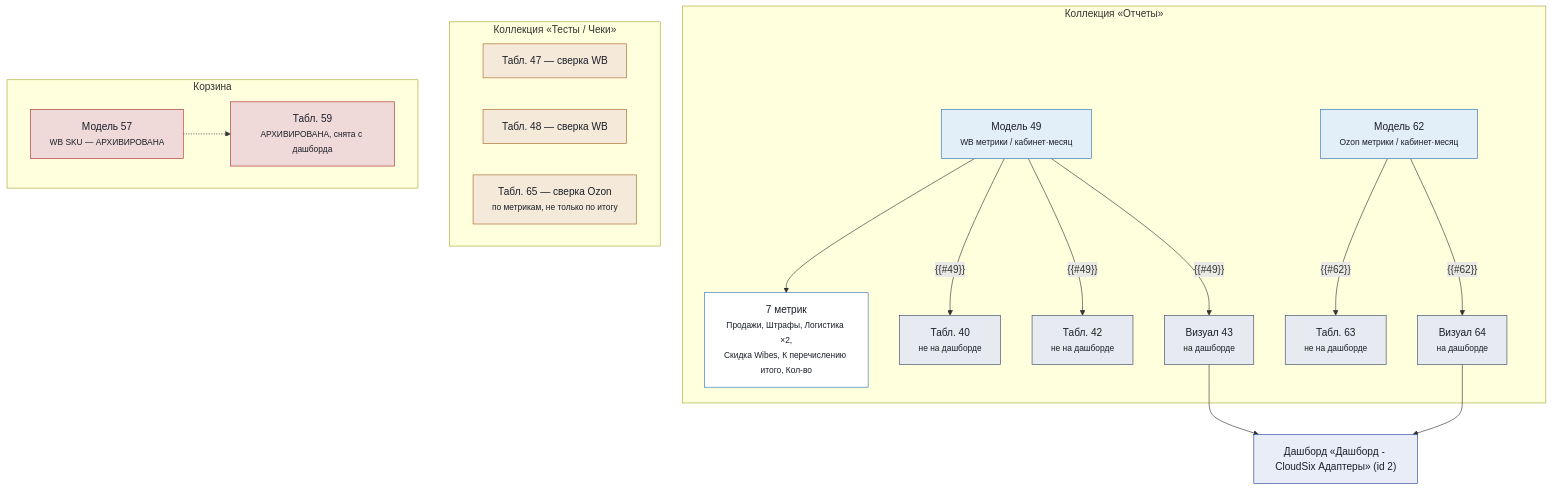
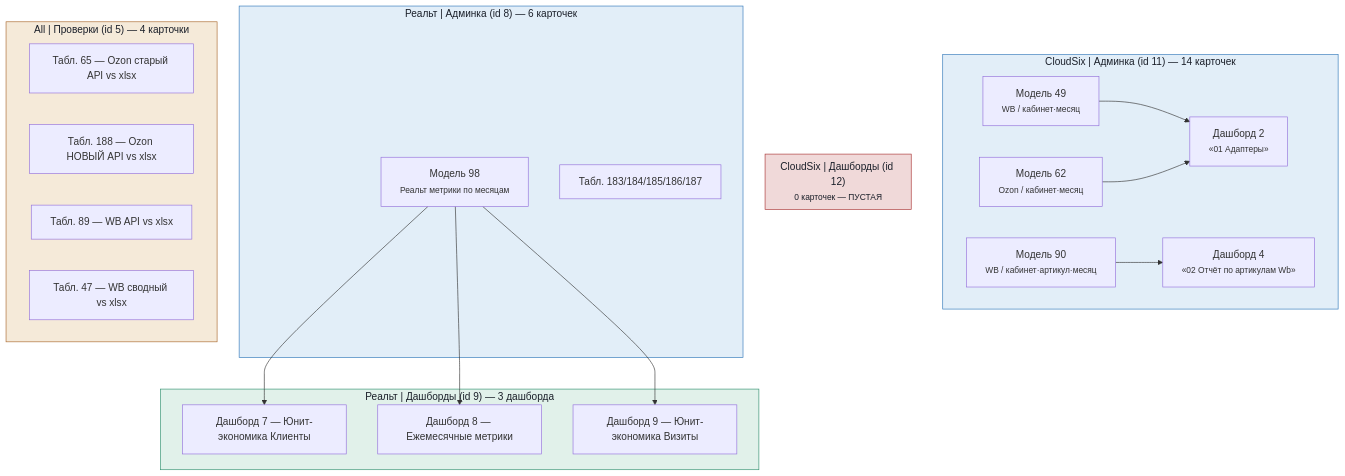
Before and after one commit to IGfinance/bf-analytics-platform: the fifth of 5 diagrams in docs/architecture-map.md, drawn with Mermaid. The commit also changed other lines of this file and 1 other file, not shown here.

First line of the commit message:
docs(ozon): COMMENT COLUMN для VIEW-слоя, живой снимок архитектуры на 2026-09-23

````diff
--- a/docs/architecture-map.md
+++ b/docs/architecture-map.md
@@ -178,53 +220,42 @@
 ```mermaid
 flowchart TD
-    subgraph REPORTS["Коллекция «Отчеты»"]
-        M49["Модель 49<br/><small>WB метрики / кабинет·месяц</small>"]
-        MET49["7 метрик<br/><small>Продажи, Штрафы, Логистика ×2,<br/>Скидка Wibes, К перечислению итого, Кол-во</small>"]
-        T40["Табл. 40<br/><small>не на дашборде</small>"]
-        T42["Табл. 42<br/><small>не на дашборде</small>"]
-        V43["Визуал 43<br/><small>на дашборде</small>"]
-
-        M62["Модель 62<br/><small>Ozon метрики / кабинет·месяц</small>"]
-        T63["Табл. 63<br/><small>не на дашборде</small>"]
-        V64["Визуал 64<br/><small>на дашборде</small>"]
+    subgraph ADMIN_CS["CloudSix | Админка (id 11) — 14 карточек"]
+        M49["Модель 49<br/><small>WB / кабинет·месяц</small>"]
+        M62["Модель 62<br/><small>Ozon / кабинет·месяц</small>"]
+        M90["Модель 90<br/><small>WB / кабинет·артикул·месяц</small>"]
+        DASH2["Дашборд 2<br/><small>«01 Адаптеры»</small>"]
+        DASH4["Дашборд 4<br/><small>«02 Отчёт по артикулам Wb»</small>"]
+    end
+    subgraph DASH_CS["CloudSix | Дашборды (id 12)<br/><small>0 карточек — ПУСТАЯ</small>"]
     end
 
-    subgraph TESTS["Коллекция «Тесты / Чеки»"]
-        T47["Табл. 47 — сверка WB"]
-        T48["Табл. 48 — сверка WB"]
-        T65["Табл. 65 — сверка Ozon<br/><small>по метрикам, не только по итогу</small>"]
+    subgraph ADMIN_RT["Реальт | Админка (id 8) — 6 карточек"]
+        M98["Модель 98<br/><small>Реальт метрики по месяцам</small>"]
+        C183["Табл. 183/184/185/186/187"]
+    end
+    subgraph DASH_RT["Реальт | Дашборды (id 9) — 3 дашборда"]
+        RD7["Дашборд 7 — Юнит-экономика Клиенты"]
+        RD8["Дашборд 8 — Ежемесячные метрики"]
+        RD9["Дашборд 9 — Юнит-экономика Визиты"]
     end
 
-    subgraph TRASH["Корзина"]
-        M57["Модель 57<br/><small>WB SKU — АРХИВИРОВАНА</small>"]
-        T59["Табл. 59<br/><small>АРХИВИРОВАНА, снята с дашборда</small>"]
+    subgraph CHECKS["All | Проверки (id 5) — 4 карточки"]
+        T65["Табл. 65 — Ozon старый API vs xlsx"]
+        T188["Табл. 188 — Ozon НОВЫЙ API vs xlsx"]
+        T89["Табл. 89 — WB API vs xlsx"]
+        T47["Табл. 47 — WB сводный vs xlsx"]
     end
 
-    DASH["Дашборд «Дашборд - CloudSix Адаптеры» (id 2)"]
+    M49 --> DASH2
+    M62 --> DASH2
+    M90 --> DASH4
+    M98 --> RD7
+    M98 --> RD8
+    M98 --> RD9
 
-    M49 --> MET49
-    M49 -- "{{#49}}" --> T40
-    M49 -- "{{#49}}" --> T42
-    M49 -- "{{#49}}" --> V43
-    M62 -- "{{#62}}" --> T63
-    M62 -- "{{#62}}" --> V64
-    M57 -.-> T59
-
-    V43 --> DASH
-    V64 --> DASH
-
-    style M49 fill:#e2eef8,stroke:#2e76b8,color:#1a1f29
-    style M62 fill:#e2eef8,stroke:#2e76b8,color:#1a1f29
-    style MET49 fill:#ffffff,stroke:#2e76b8,color:#1a1f29
-    style T40 fill:#e7eaf0,stroke:#3b4a63,color:#1a1f29
-    style T42 fill:#e7eaf0,stroke:#3b4a63,color:#1a1f29
-    style V43 fill:#e7eaf0,stroke:#3b4a63,color:#1a1f29
-    style T63 fill:#e7eaf0,stroke:#3b4a63,color:#1a1f29
-    style V64 fill:#e7eaf0,stroke:#3b4a63,color:#1a1f29
-    style T47 fill:#f5ead9,stroke:#a8672b,color:#1a1f29
-    style T48 fill:#f5ead9,stroke:#a8672b,color:#1a1f29
-    style T65 fill:#f5ead9,stroke:#a8672b,color:#1a1f29
-    style M57 fill:#f0d9d9,stroke:#a83232,color:#1a1f29
-    style T59 fill:#f0d9d9,stroke:#a83232,color:#1a1f29
-    style DASH fill:#e9edf8,stroke:#26489c,color:#1a1f29
+    style ADMIN_CS fill:#e2eef8,stroke:#2e76b8,color:#1a1f29
+    style DASH_CS fill:#f0d9d9,stroke:#a83232,color:#1a1f29
+    style ADMIN_RT fill:#e2eef8,stroke:#2e76b8,color:#1a1f29
+    style DASH_RT fill:#e1f1ea,stroke:#2f8f6e,color:#1a1f29
+    style CHECKS fill:#f5ead9,stroke:#a8672b,color:#1a1f29
 ```
````
